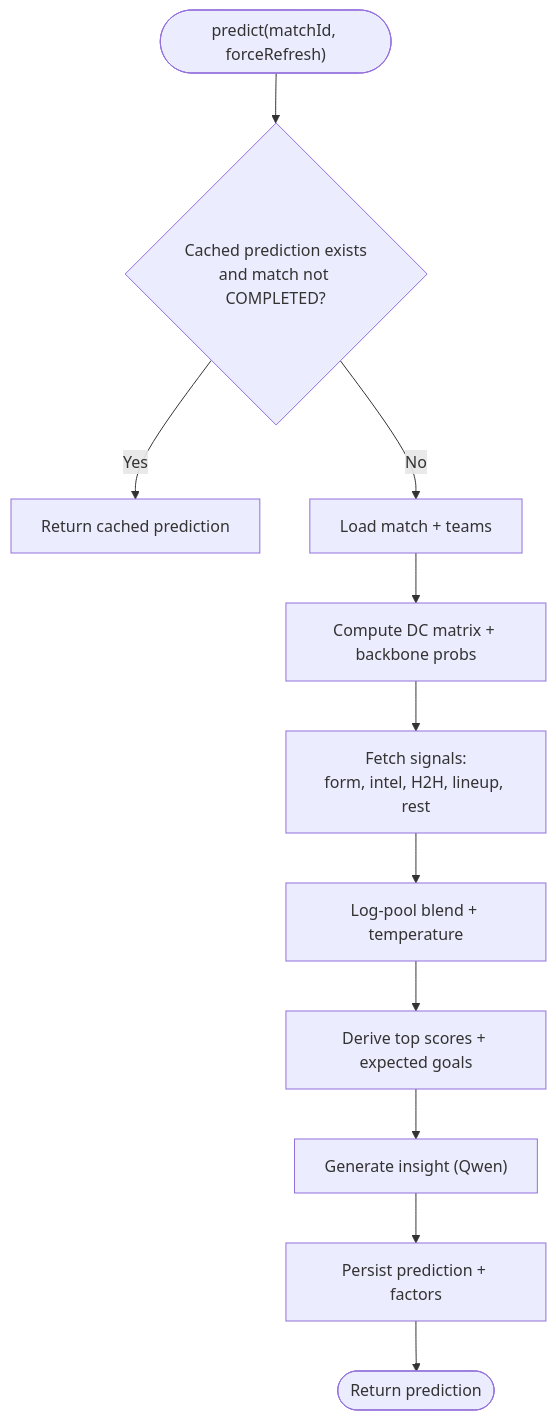
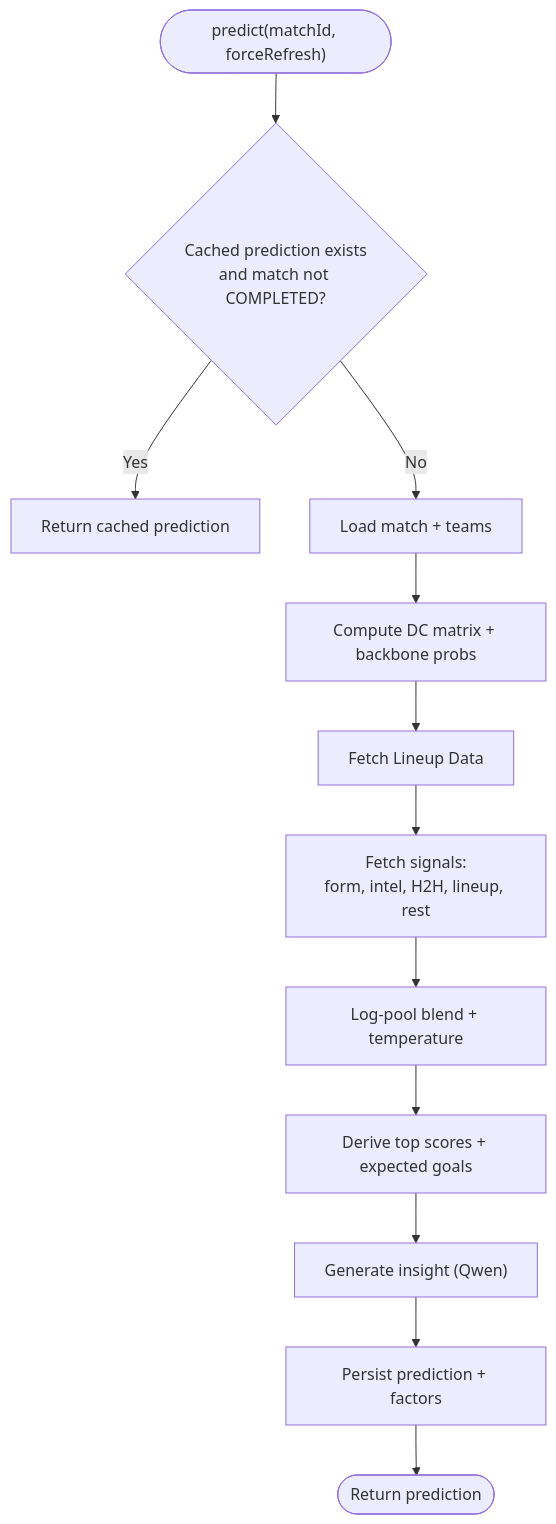
One commit to cheesiong/WC26-qwen changed the fifth of 12 diagrams in .qoder/repowiki/en/content/System Architecture/Backend Architecture.md. Above: the diagram before and after it, drawn with Mermaid. The commit also changed other lines of this file and 3 other files, not shown here.

````diff
--- a/.qoder/repowiki/en/content/System Architecture/Backend Architecture.md
+++ b/.qoder/repowiki/en/content/System Architecture/Backend Architecture.md
@@ -233,13 +258,14 @@
 ```mermaid
 flowchart TD
 Entry(["predict(matchId, forceRefresh)"]) --> CacheCheck{"Cached prediction exists<br/>and match not COMPLETED?"}
 CacheCheck --> |Yes| ReturnCache["Return cached prediction"]
 CacheCheck --> |No| LoadMatch["Load match + teams"]
 LoadMatch --> BackBone["Compute DC matrix + backbone probs"]
-BackBone --> Signals["Fetch signals:<br/>form, intel, H2H, lineup, rest"]
+BackBone --> LineupFetch["Fetch Lineup Data"]
+LineupFetch --> Signals["Fetch signals:<br/>form, intel, H2H, lineup, rest"]
 Signals --> Blend["Log-pool blend + temperature"]
 Blend --> Scorelines["Derive top scores + expected goals"]
 Scorelines --> Insight["Generate insight (Qwen)"]
 Insight --> Persist["Persist prediction + factors"]
 Persist --> Exit(["Return prediction"])
 ```
````
